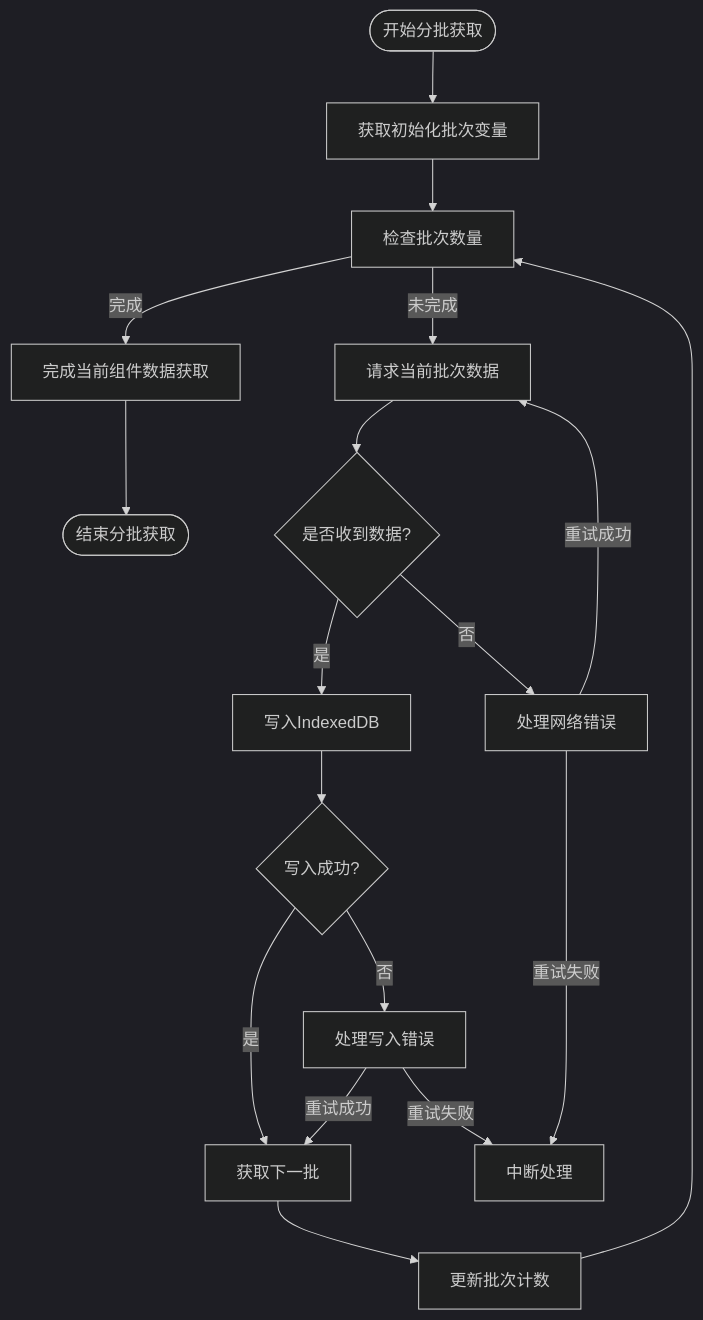
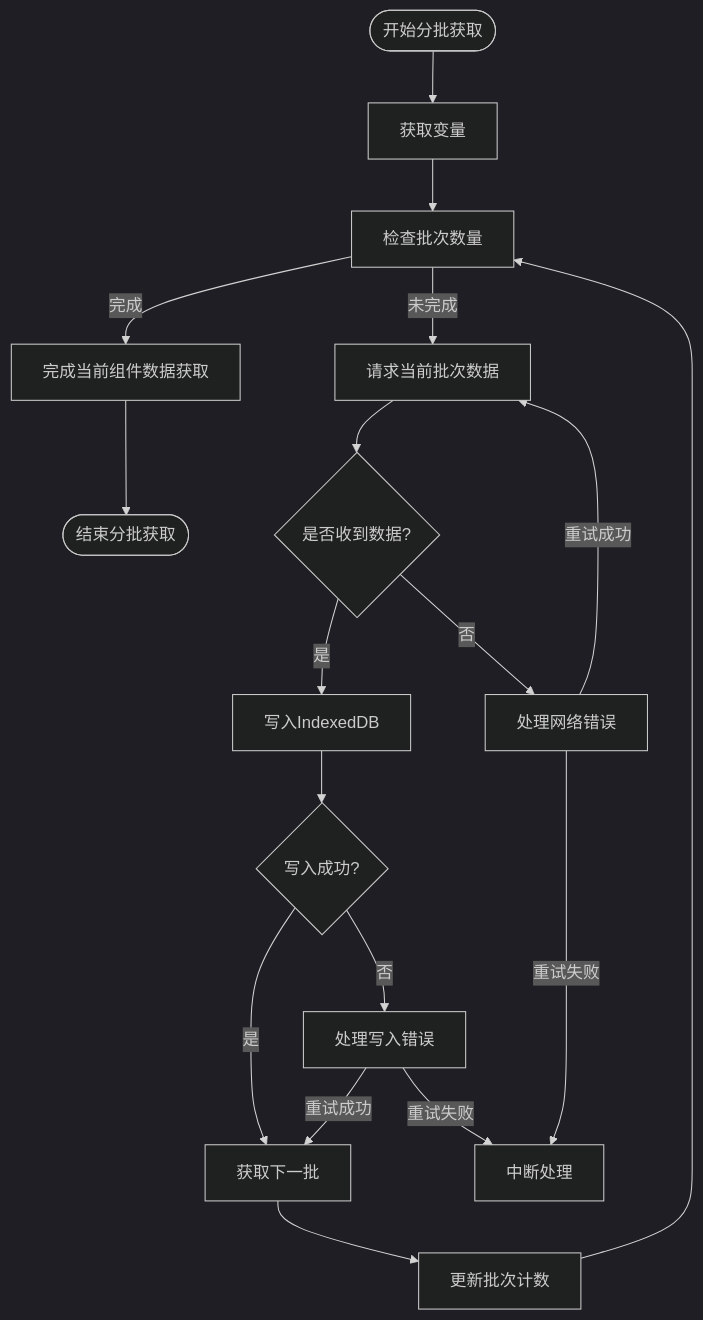
The diagram in all/未命名-51.md (yingjianzh/iodraw-files), drawn with Mermaid (dark theme) before and after one commit.

Commit message:
2025-05-08 11:10:35 update

````diff
--- a/all/未命名-51.md
+++ b/all/未命名-51.md
@@ -1,27 +1,27 @@
 ```mermaid
 flowchart TD
-    StartBatch([开始分批获取]) --> InitializeBatch[获取初始化批次变量]
+    StartBatch([开始分批获取]) --> InitializeBatch[获取变量]
     InitializeBatch --> CheckBatchSize[检查批次数量]
     
     CheckBatchSize -->|完成| BatchComplete[完成当前组件数据获取]
     
     CheckBatchSize -->|未完成| RequestBatch[请求当前批次数据]
     RequestBatch --> ReceiveBatch{是否收到数据?}
     
     ReceiveBatch -->|是| WriteToDB[写入IndexedDB]
     
     WriteToDB --> BatchSuccess{写入成功?}
     BatchSuccess -->|是| NextBatch[获取下一批]
     BatchSuccess -->|否| HandleError[处理写入错误]
     HandleError -->|重试成功| NextBatch
     HandleError -->|重试失败| AbortProcess[中断处理]
     
     ReceiveBatch -->|否| HandleNetworkError[处理网络错误]
     HandleNetworkError -->|重试成功| RequestBatch
     HandleNetworkError -->|重试失败| AbortProcess
     
     NextBatch --> IncrementBatch[更新批次计数]
     IncrementBatch --> CheckBatchSize
     
     BatchComplete --> EndBatch([结束分批获取])
 ```
````
